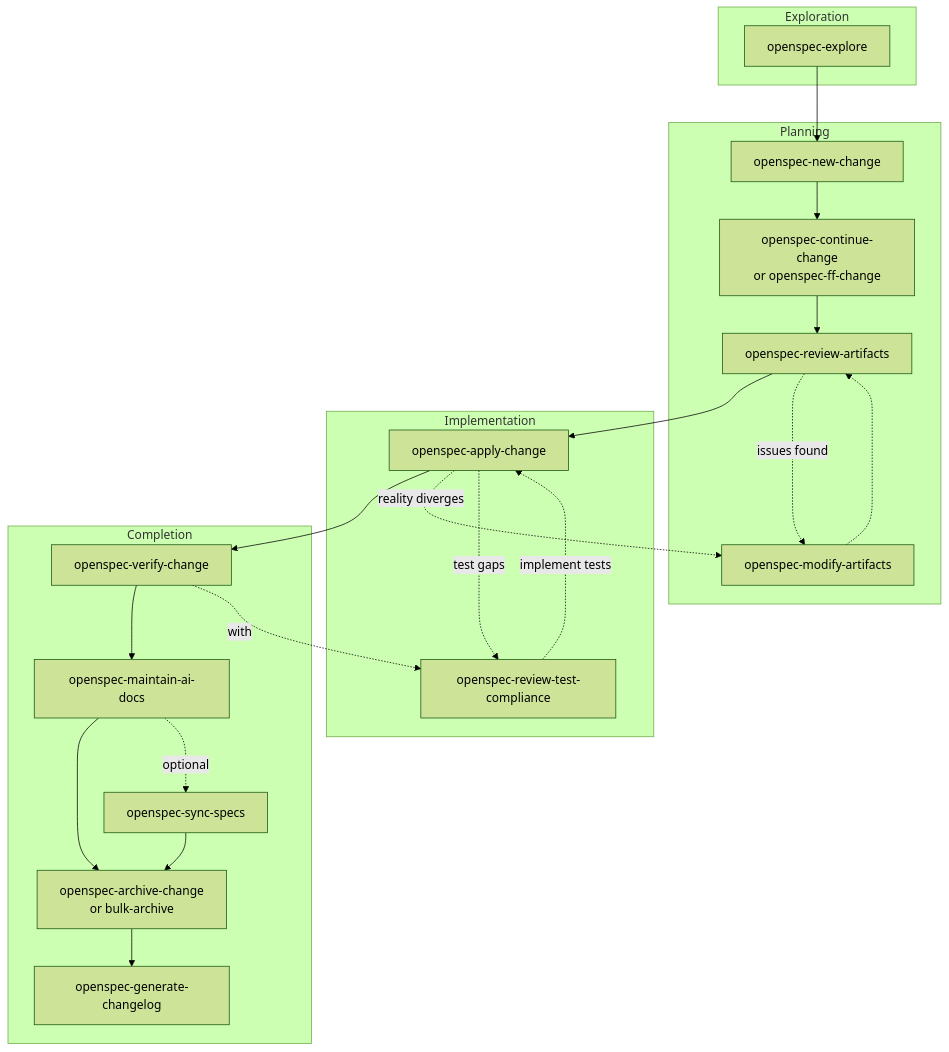
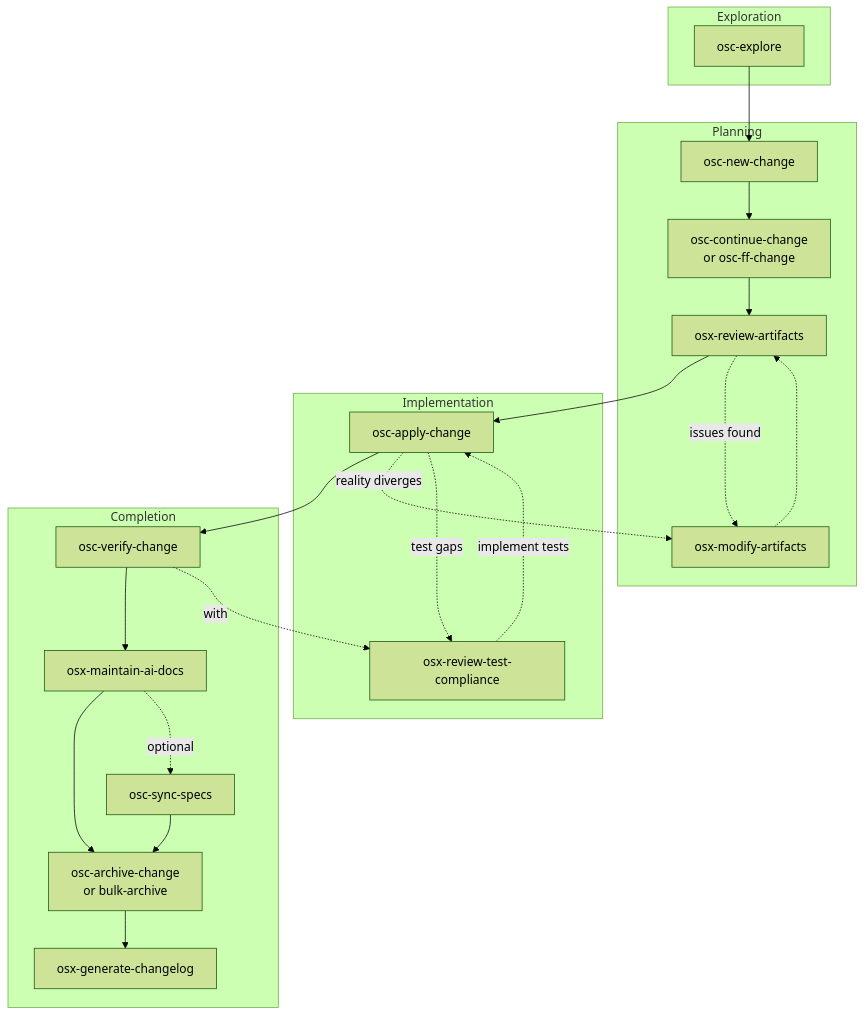
The second of 2 diagrams in AGENTS.md (amauryconstant/germinator), drawn with Mermaid (forest theme) before and after one commit. The commit also changed other lines of this file and 4 other files, not shown here.

````diff
--- a/AGENTS.md
+++ b/AGENTS.md
@@ -158,36 +158,36 @@
 ```mermaid
 graph TB
     subgraph Exploration["Exploration"]
-        E1[openspec-explore]
+        E1[osc-explore]
     end
 
     subgraph Planning["Planning"]
-        P1[openspec-new-change]
-        P2[openspec-continue-change<br/>or openspec-ff-change]
-        P3[openspec-review-artifacts]
-        P4[openspec-modify-artifacts]
+        P1[osc-new-change]
+        P2[osc-continue-change<br/>or osc-ff-change]
+        P3[osx-review-artifacts]
+        P4[osx-modify-artifacts]
     end
 
     subgraph Implementation["Implementation"]
-        I1[openspec-apply-change]
-        I2[openspec-review-test-compliance]
+        I1[osc-apply-change]
+        I2[osx-review-test-compliance]
     end
 
     subgraph Completion["Completion"]
-        C1[openspec-verify-change]
-        C2[openspec-maintain-ai-docs]
-        C3[openspec-sync-specs]
-        C4[openspec-archive-change<br/>or bulk-archive]
-        C5[openspec-generate-changelog]
+        C1[osc-verify-change]
+        C2[osx-maintain-ai-docs]
+        C3[osc-sync-specs]
+        C4[osc-archive-change<br/>or bulk-archive]
+        C5[osx-generate-changelog]
     end
 
     E1 --> P1 --> P2 --> P3 --> I1 --> C1 --> C2 --> C4 --> C5
     C2 -.->|optional| C3 --> C4
 
     P3 -.->|issues found| P4
     P4 -.-> P3
     I1 -.->|reality diverges| P4
     I1 -.->|test gaps| I2
     I2 -.->|implement tests| I1
     C1 -.->|with| I2
 ```
````
